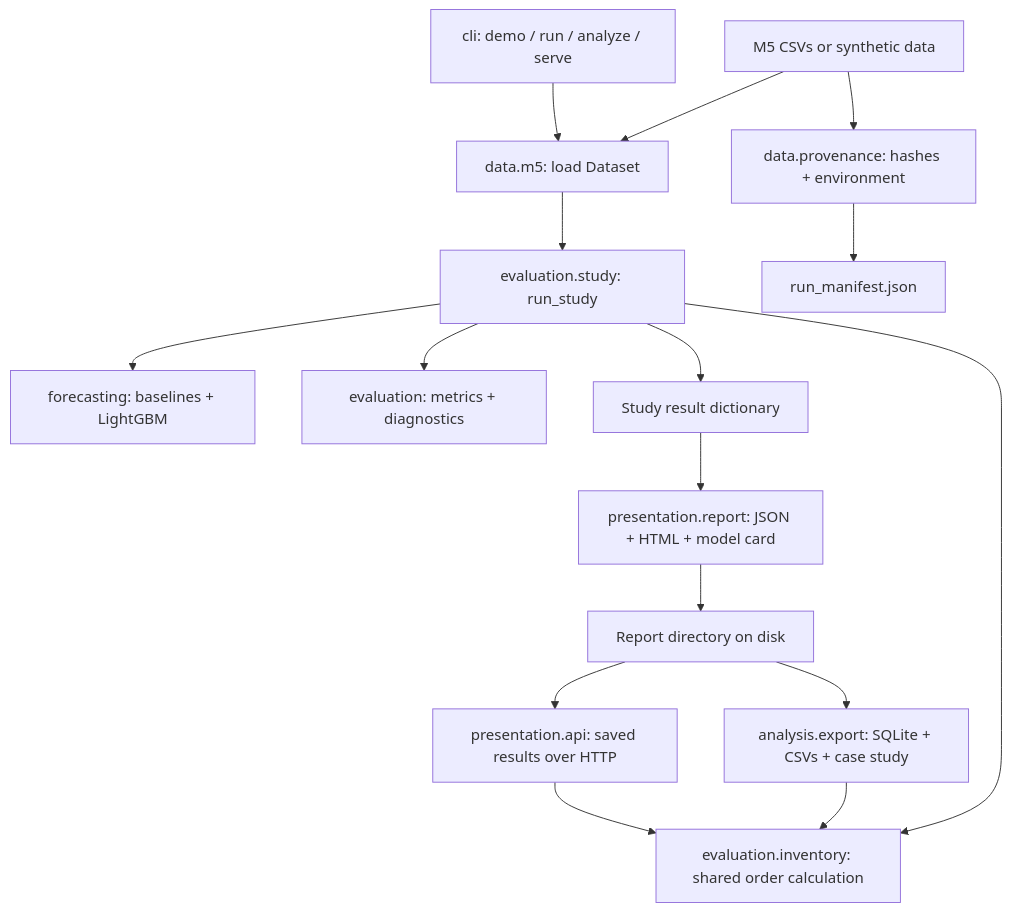
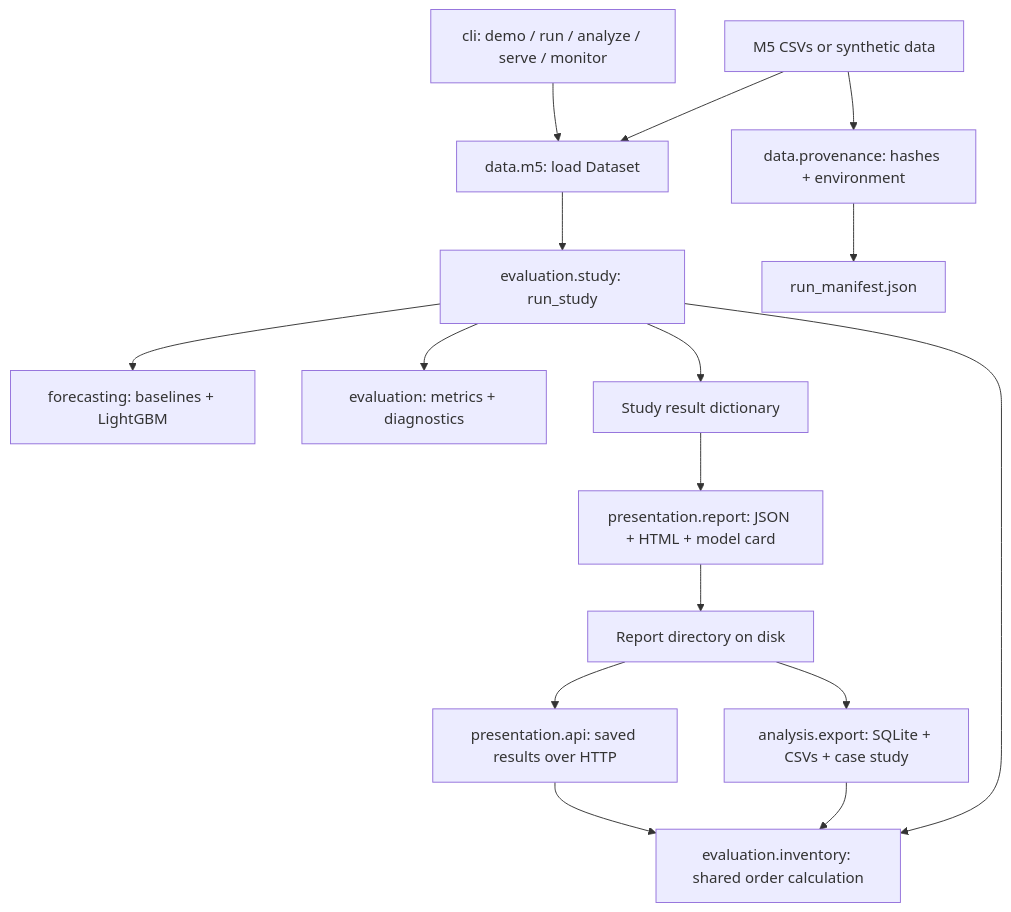
The diagram in docs/architecture.md (rajputsudhanshu027/Divergence), drawn with Mermaid before and after one commit. The commit also changed other lines of this file and 85 other files, not shown here.

````diff
--- a/docs/architecture.md
+++ b/docs/architecture.md
@@ -7,18 +7,18 @@
 ```mermaid
 flowchart TD
     Inputs["M5 CSVs or synthetic data"] --> Data["data.m5: load Dataset"]
-    CLI["cli: demo / run / analyze / serve"] --> Data
+    CLI["cli: demo / run / analyze / serve / monitor"] --> Data
     Data --> Study["evaluation.study: run_study"]
     Study --> Models["forecasting: baselines + LightGBM"]
     Study --> Scores["evaluation: metrics + diagnostics"]
     Study --> Inventory["evaluation.inventory: shared order calculation"]
     Study --> Results["Study result dictionary"]
     Results --> Report["presentation.report: JSON + HTML + model card"]
     Inputs --> Provenance["data.provenance: hashes + environment"]
     Provenance --> Manifest["run_manifest.json"]
     Report --> Saved["Report directory on disk"]
     Saved --> SQL["analysis.export: SQLite + CSVs + case study"]
     Saved --> HTTP["presentation.api: saved results over HTTP"]
     SQL --> Inventory
     HTTP --> Inventory
 ```
````
